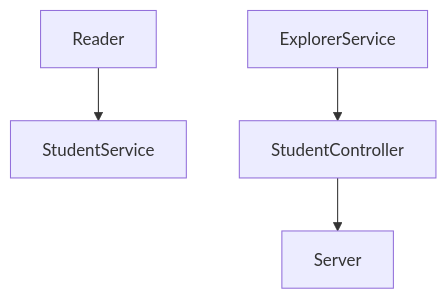
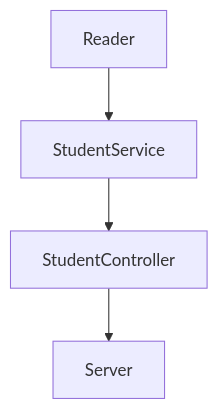
Before and after one commit to MarcosSilvaG/CursosVisualThinkingAPI: the third of 3 diagrams in README.md, drawn with Mermaid.

Commit message:
Updating README file

````diff
--- a/README.md
+++ b/README.md
@@ -107,6 +107,6 @@
 ```mermaid
 graph TD;
     Reader-->StudentService;
-    ExplorerService-->StudentController
+    StudentService-->StudentController
     StudentController-->Server
 ```
````
